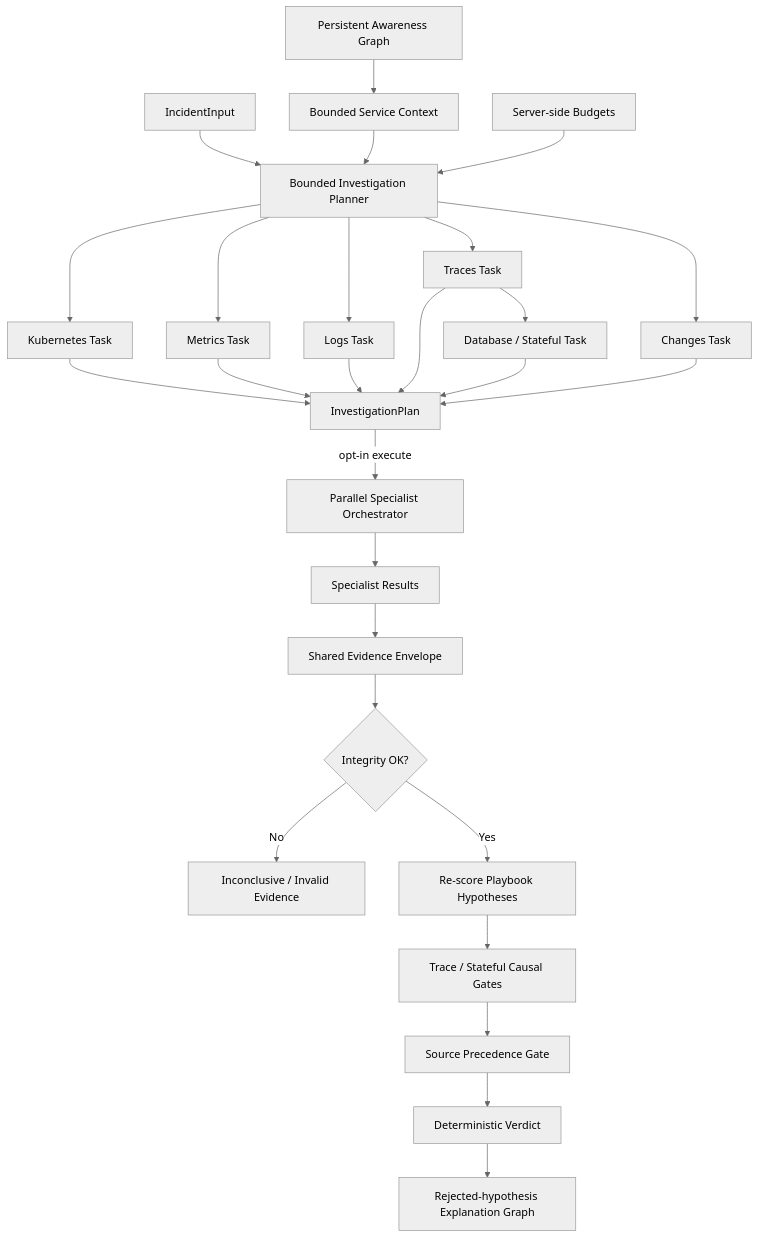
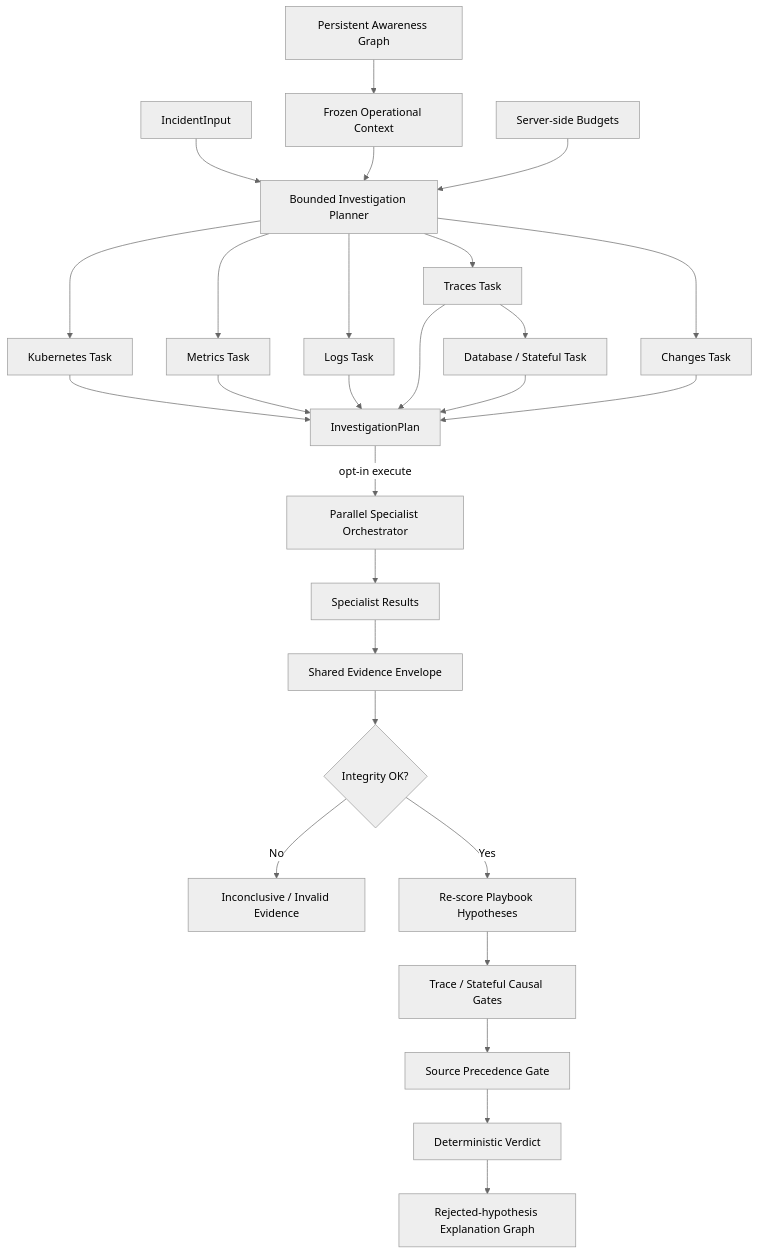
Before and after one commit to marcocristofolini/ai-sre-rca: the third of 3 diagrams in docs/agentic-investigation.md, drawn with Mermaid (neutral theme). The commit also changed other lines of this file, not shown here.

Commit message:
docs: describe frozen agentic operational context

```diff
--- a/docs/agentic-investigation.md
+++ b/docs/agentic-investigation.md
@@ -57,32 +88,32 @@
 ~~~mermaid
 flowchart TD
     I[IncidentInput] --> P[Bounded Investigation Planner]
-    G[Persistent Awareness Graph] --> C[Bounded Service Context]
+    G[Persistent Awareness Graph] --> C[Frozen Operational Context]
     C --> P
     S[Server-side Budgets] --> P
 
     P --> K[Kubernetes Task]
     P --> M[Metrics Task]
     P --> L[Logs Task]
     P --> T[Traces Task]
     T --> D[Database / Stateful Task]
     P --> CH[Changes Task]
 
     K --> OUT[InvestigationPlan]
     M --> OUT
     L --> OUT
     T --> OUT
     D --> OUT
     CH --> OUT
 
     OUT -->|opt-in execute| ORCH[Parallel Specialist Orchestrator]
     ORCH --> SE[Specialist Results]
     SE --> EV[Shared Evidence Envelope]
     EV --> HASH{Integrity OK?}
     HASH -->|No| FAIL[Inconclusive / Invalid Evidence]
     HASH -->|Yes| SCORE[Re-score Playbook Hypotheses]
     SCORE --> CAUSAL[Trace / Stateful Causal Gates]
     CAUSAL --> PRE[Source Precedence Gate]
     PRE --> DET[Deterministic Verdict]
     DET --> EX[Rejected-hypothesis Explanation Graph]
 ~~~
```
